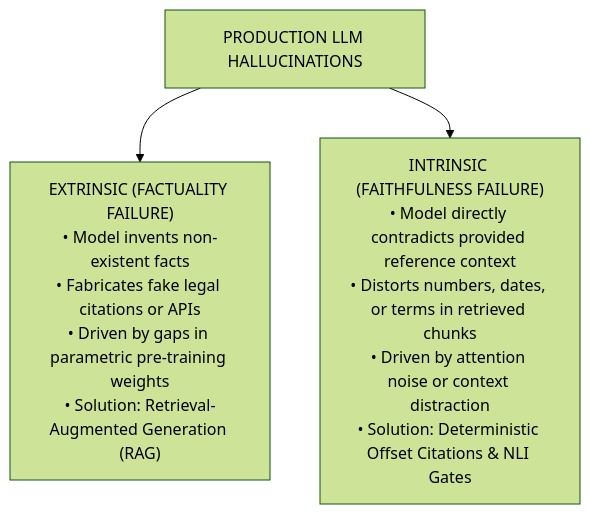
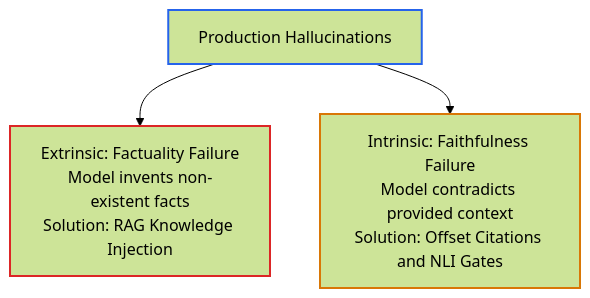
The first of 3 diagrams in 05-ai-security-and-guardrails/03-hallucination-mitigation-and-active-grounding.md (dip4k/senior-engineer-to-ai-engineer-roadmap), drawn with Mermaid (forest theme) before and after one commit. The commit also changed other lines of this file and 11 other files, not shown here.

First line of the commit message:
refactor(phase-05): AI security, guardrails, and trust architecture

````diff
--- a/05-ai-security-and-guardrails/03-hallucination-mitigation-and-active-grounding.md
+++ b/05-ai-security-and-guardrails/03-hallucination-mitigation-and-active-grounding.md
@@ -44,11 +62,9 @@
 ```mermaid
 flowchart TD
-    H["PRODUCTION LLM HALLUCINATIONS"]
-    
-    EXT["EXTRINSIC (FACTUALITY FAILURE)<br/>• Model invents non-existent facts<br/>• Fabricates fake legal citations or APIs<br/>• Driven by gaps in parametric pre-training weights<br/>• Solution: Retrieval-Augmented Generation (RAG)"]
-    
-    INT["INTRINSIC (FAITHFULNESS FAILURE)<br/>• Model directly contradicts provided reference context<br/>• Distorts numbers, dates, or terms in retrieved chunks<br/>• Driven by attention noise or context distraction<br/>• Solution: Deterministic Offset Citations & NLI Gates"]
+    H["Production Hallucinations"] --> EXT["Extrinsic: Factuality Failure<br/>Model invents non-existent facts<br/>Solution: RAG Knowledge Injection"]
+    H --> INT["Intrinsic: Faithfulness Failure<br/>Model contradicts provided context<br/>Solution: Offset Citations and NLI Gates"]
 
-    H --> EXT
-    H --> INT
+    style H stroke:#2563eb,stroke-width:2px
+    style EXT stroke:#dc2626,stroke-width:2px
+    style INT stroke:#d97706,stroke-width:2px
 ```
````
